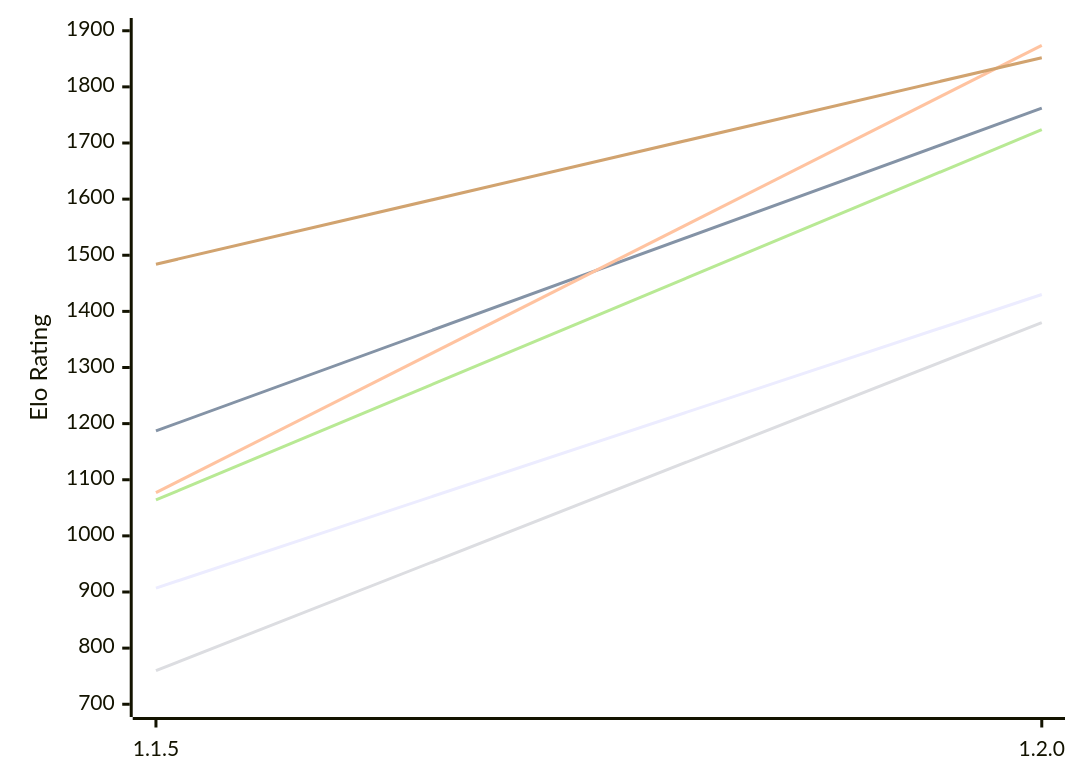
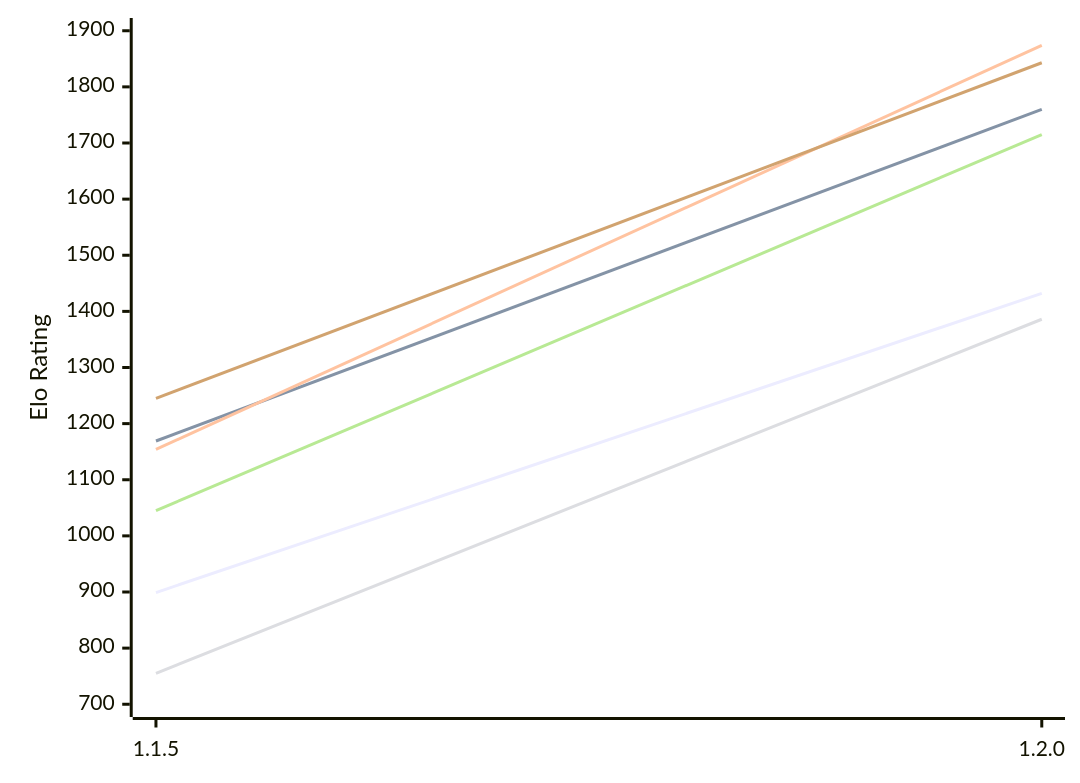
Before and after one commit to computer-chess-index/cci: the first of 2 diagrams in engines/ChessCore.md, drawn with Mermaid. The commit also changed other lines of this file, not shown here.

Commit message:
Update CCI Ratings (ELO VLTC) - 2026-11-14

````diff
--- a/engines/ChessCore.md
+++ b/engines/ChessCore.md
@@ -53,12 +53,12 @@
 ```mermaid
 %%{init: {"theme":"base","themeVariables":{"seriesColors:['#a3a3a3','#222221','#faa371']}}}%%
 xychart-beta
   x-axis ["1.1.5", "1.2.0"]
   y-axis "Elo Rating" 700 --> 1900
-  line "E1: STC (8.0+0.08s)" [907, 1430]
-  line "E1: LTC (60.0+0.60s)" [1187, 1762]
-  line "E1: VLTC (2m24s+1.12s)" [1077, 1874]
-  line "P1: STC (8.0+0.08s)" [760, 1380]
-  line "P1: LTC (60.0+0.60s)" [1064, 1724]
-  line "P1: VLTC (2m24s+1.12s)" [1484, 1852]
+  line "E1: STC (8.0+0.08s)" [899, 1432]
+  line "E1: LTC (60.0+0.60s)" [1169, 1760]
+  line "E1: VLTC (2m24s+1.12s)" [1154, 1874]
+  line "P1: STC (8.0+0.08s)" [755, 1386]
+  line "P1: LTC (60.0+0.60s)" [1045, 1715]
+  line "P1: VLTC (2m24s+1.12s)" [1245, 1843]
 ```
````
